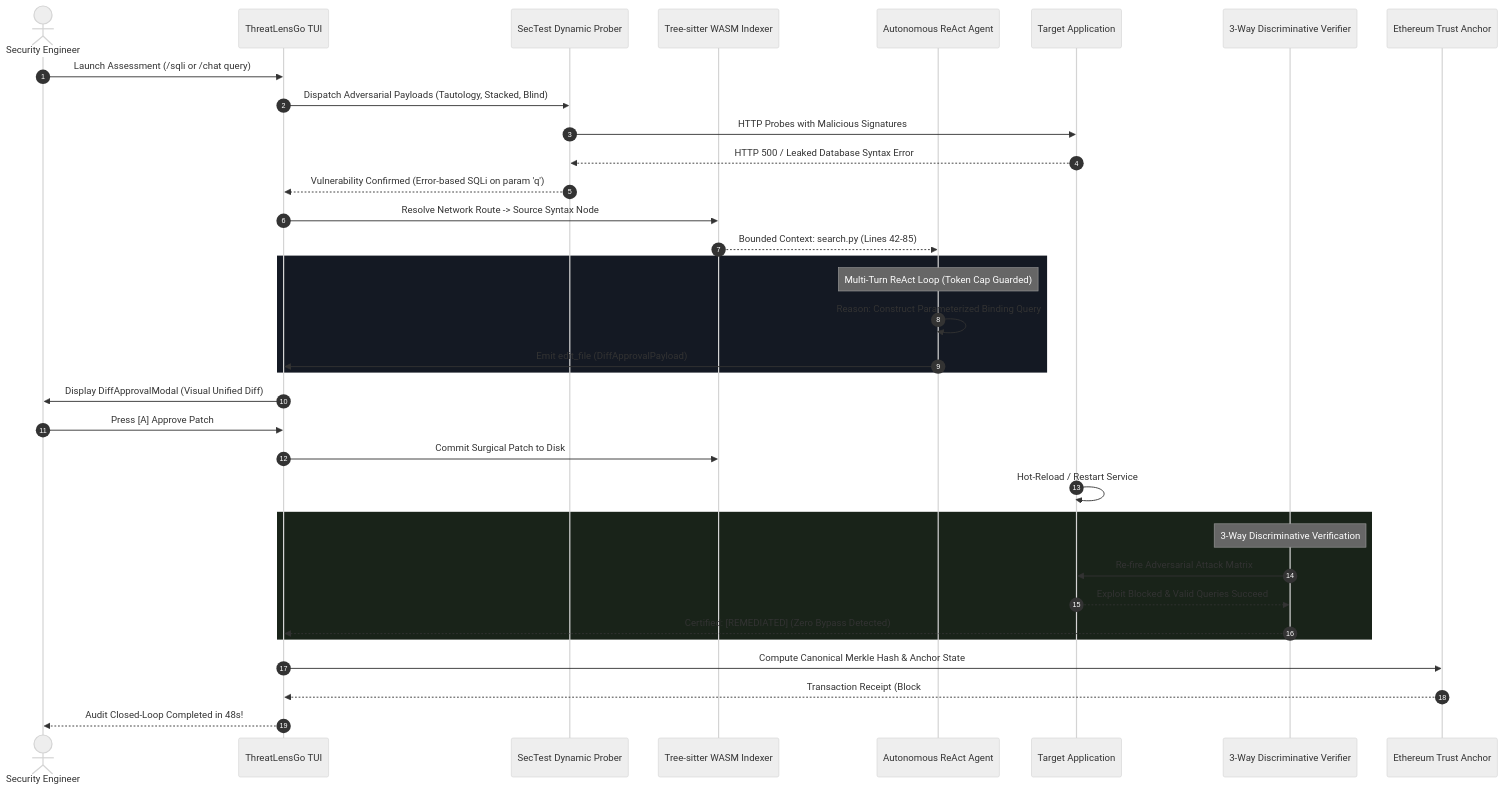
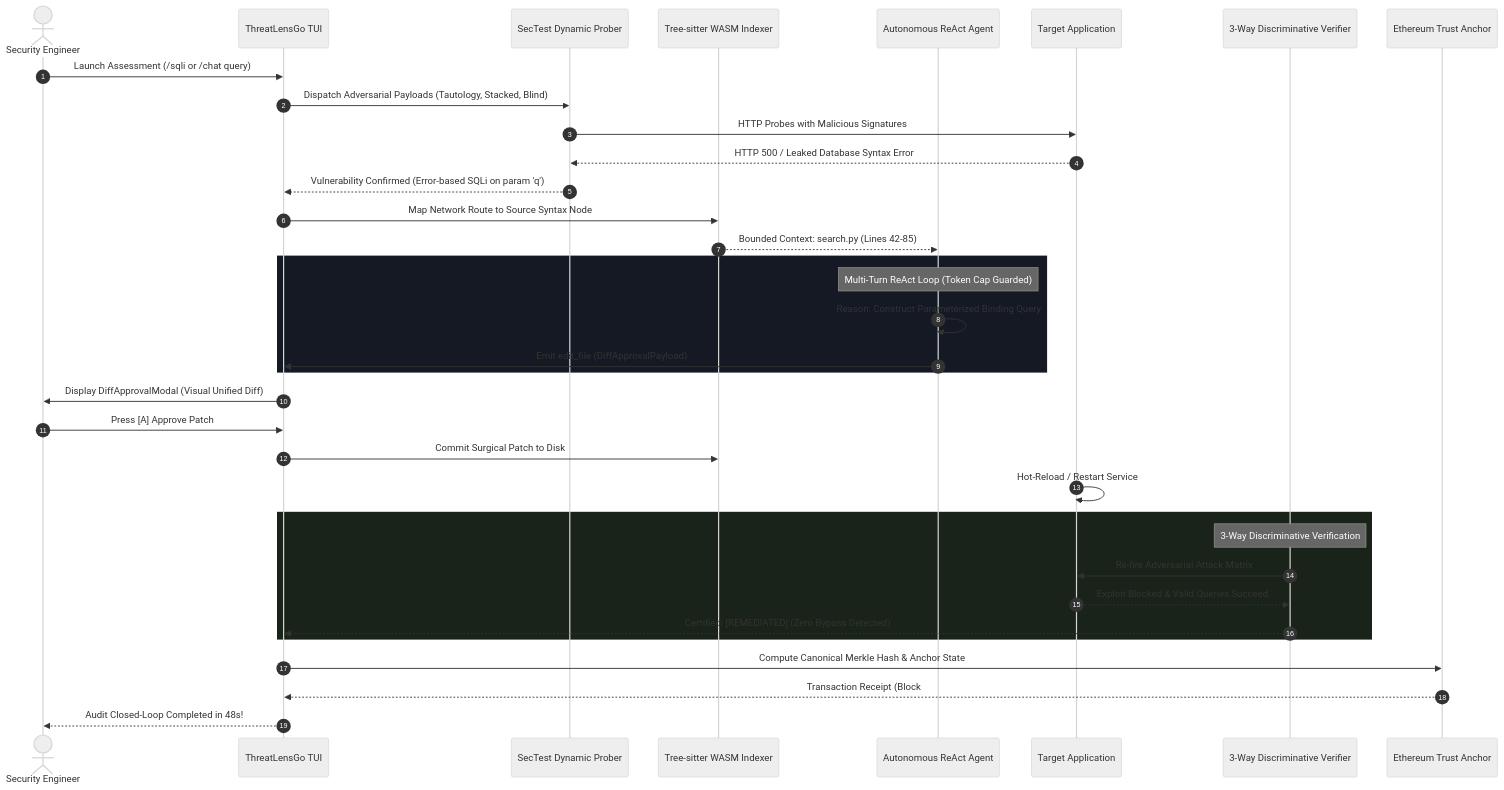
One commit to dev47929/ThreatLens changed the second of 3 diagrams in README.md. Above: the diagram before and after it, drawn with Mermaid (neutral theme). The commit also changed other lines of this file, not shown here.

Commit message:
docs: sanitize Mermaid diagrams in README to fix GitHub parsing error

````diff
--- a/README.md
+++ b/README.md
@@ -188,43 +188,43 @@
 ```mermaid
 sequenceDiagram
     autonumber
     actor Operator as Security Engineer
     participant TUI as ThreatLensGo TUI
     participant Prober as SecTest Dynamic Prober
     participant AST as Tree-sitter WASM Indexer
     participant Agent as Autonomous ReAct Agent
     participant TargetApp as Target Application
     participant Verifier as 3-Way Discriminative Verifier
     participant Blockchain as Ethereum Trust Anchor
 
     Operator->>TUI: Launch Assessment (/sqli or /chat query)
     TUI->>Prober: Dispatch Adversarial Payloads (Tautology, Stacked, Blind)
     Prober->>TargetApp: HTTP Probes with Malicious Signatures
     TargetApp-->>Prober: HTTP 500 / Leaked Database Syntax Error
     Prober-->>TUI: Vulnerability Confirmed (Error-based SQLi on param 'q')
     
-    TUI->>AST: Resolve Network Route -> Source Syntax Node
+    TUI->>AST: Map Network Route to Source Syntax Node
     AST-->>Agent: Bounded Context: search.py (Lines 42-85)
     
     rect rgb(20, 25, 35)
         Note over Agent: Multi-Turn ReAct Loop (Token Cap Guarded)
         Agent->>Agent: Reason: Construct Parameterized Binding Query
         Agent->>TUI: Emit edit_file (DiffApprovalPayload)
     end
 
     TUI->>Operator: Display DiffApprovalModal (Visual Unified Diff)
     Operator->>TUI: Press [A] Approve Patch
     TUI->>AST: Commit Surgical Patch to Disk
     TargetApp->>TargetApp: Hot-Reload / Restart Service
 
     rect rgb(25, 35, 25)
         Note over Verifier: 3-Way Discriminative Verification
         Verifier->>TargetApp: Re-fire Adversarial Attack Matrix
         TargetApp-->>Verifier: Exploit Blocked & Valid Queries Succeed
         Verifier-->>TUI: Certified: [REMEDIATED] (Zero Bypass Detected)
     end
 
     TUI->>Blockchain: Compute Canonical Merkle Hash & Anchor State
     Blockchain-->>TUI: Transaction Receipt (Block #194821, 0x7b...f2)
     TUI-->>Operator: Audit Closed-Loop Completed in 48s!
 ```
````
